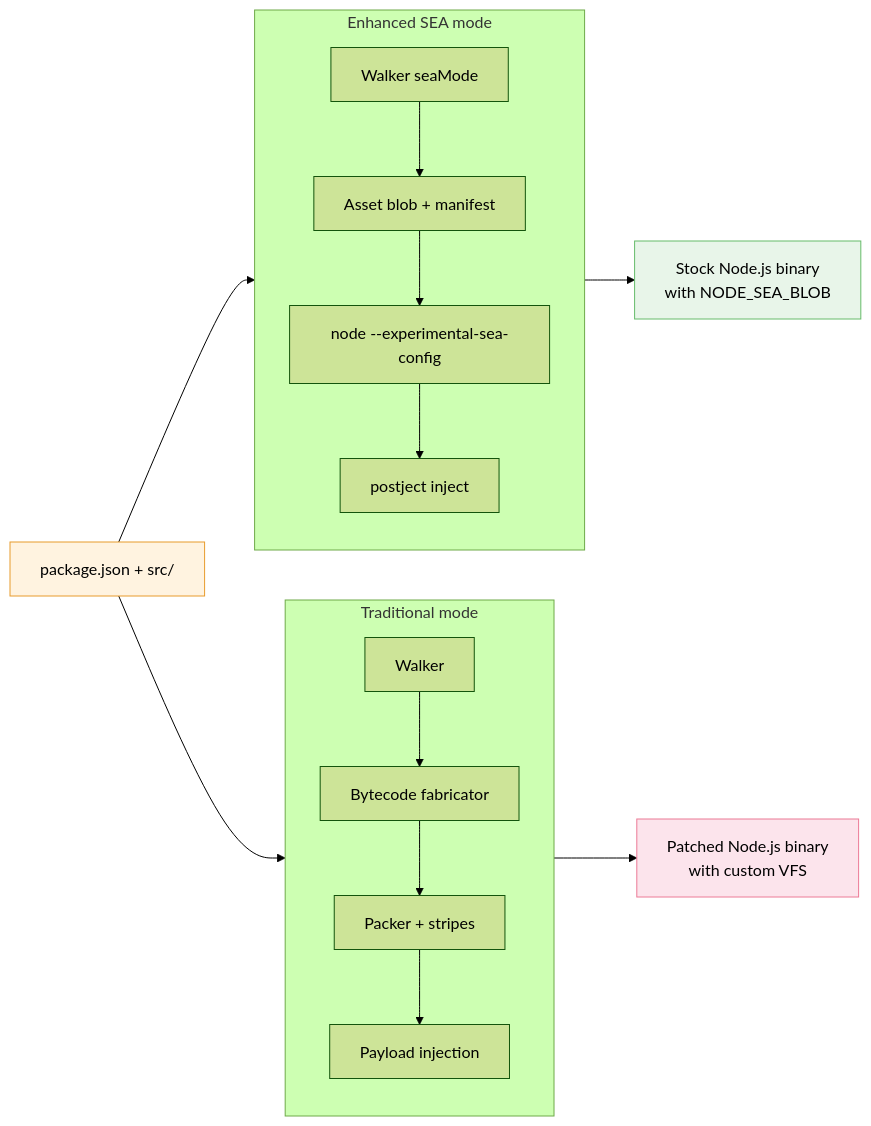
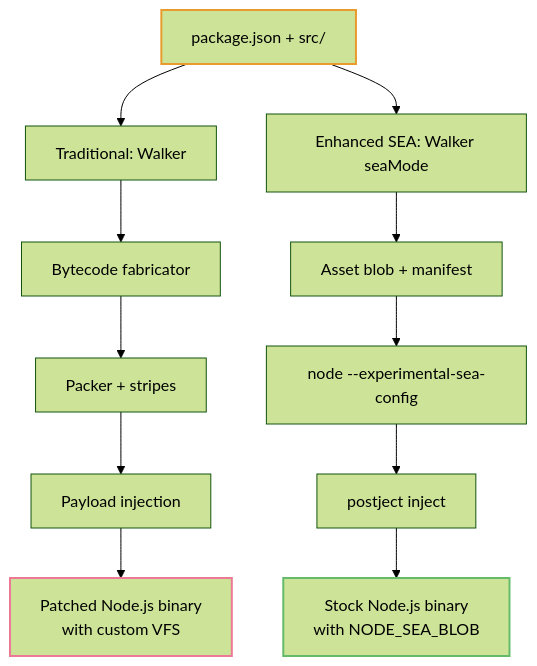
Before and after one commit to yao-pkg/pkg: the first of 4 diagrams in docs-site/architecture.md, drawn with Mermaid (forest theme). The commit also changed other lines of this file and 5 other files, not shown here.

Commit message:
docs: update mermaid diagram styles for better readability and adjust SEA mode documentation

````diff
--- a/docs-site/architecture.md
+++ b/docs-site/architecture.md
@@ -14,28 +14,21 @@
 ```mermaid
-flowchart LR
-    P[package.json + src/]
+flowchart TD
+    P["package.json + src/"]
 
-    subgraph TR[Traditional mode]
-        direction TB
-        T1[Walker] --> T2[Bytecode fabricator]
-        T2 --> T3[Packer + stripes]
-        T3 --> T4[Payload injection]
-    end
+    P --> T1["Traditional: Walker"]
+    P --> S1["Enhanced SEA: Walker seaMode"]
 
-    subgraph SE[Enhanced SEA mode]
-        direction TB
-        S1[Walker seaMode] --> S2[Asset blob + manifest]
-        S2 --> S3[node --experimental-sea-config]
-        S3 --> S4[postject inject]
-    end
+    T1 --> T2["Bytecode fabricator"]
+    T2 --> T3["Packer + stripes"]
+    T3 --> T4["Payload injection"]
+    T4 --> TB["Patched Node.js binary<br/>with custom VFS"]
 
-    P --> T1
-    P --> S1
+    S1 --> S2["Asset blob + manifest"]
+    S2 --> S3["node --experimental-sea-config"]
+    S3 --> S4["postject inject"]
+    S4 --> SB["Stock Node.js binary<br/>with NODE_SEA_BLOB"]
 
-    T4 --> TB[Patched Node.js binary<br/>with custom VFS]
-    S4 --> SB[Stock Node.js binary<br/>with NODE_SEA_BLOB]
-
-    style P fill:#fff3e0,stroke:#e89b2c
-    style TB fill:#fce4ec,stroke:#ec7a96
-    style SB fill:#e8f5e9,stroke:#66bb6a
+    style P stroke:#e89b2c,stroke-width:2px
+    style TB stroke:#ec7a96,stroke-width:2px
+    style SB stroke:#66bb6a,stroke-width:2px
 ```
````
